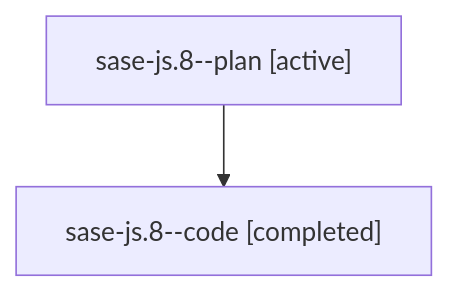
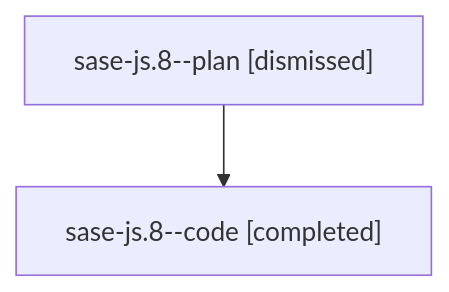
The diagram in sessions/bbugyi200.athena.sase-js.8.md (sase-org/sase--agents), drawn with Mermaid before and after one commit. The commit also changed other lines of this file and 112 other files, not shown here.

````diff
--- a/sessions/bbugyi200.athena.sase-js.8.md
+++ b/sessions/bbugyi200.athena.sase-js.8.md
@@ -9,6 +9,6 @@
 ```mermaid
 flowchart TD
-  n0["sase-js.8--plan [active]"]
+  n0["sase-js.8--plan [dismissed]"]
   n1["sase-js.8--code [completed]"]
   n0 --> n1
 ```
````
